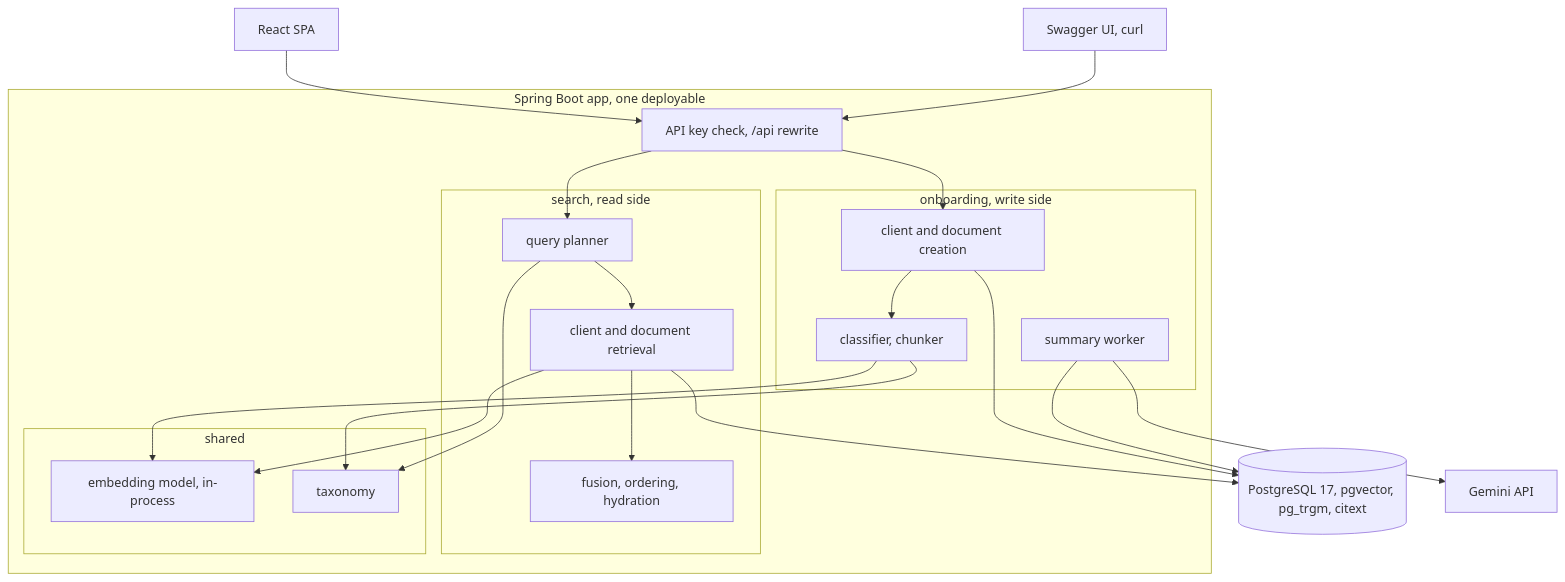
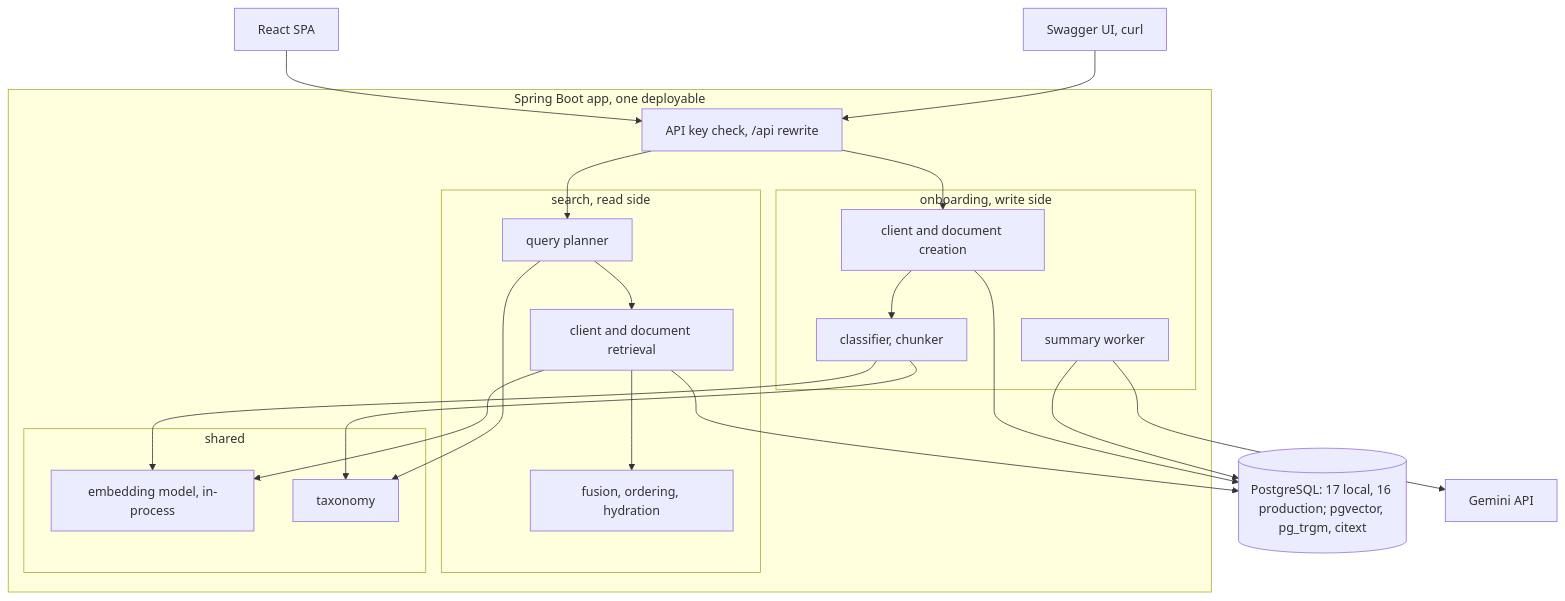
Before and after one commit to TsybulskyStepan/unified-search: the first of 2 diagrams in docs/system-design.md, drawn with Mermaid. The commit also changed other lines of this file, not shown here.

````diff
--- a/docs/system-design.md
+++ b/docs/system-design.md
@@ -25,38 +25,38 @@
 ```mermaid
 flowchart TB
     UI["React SPA"]
     SWAGGER["Swagger UI, curl"]
 
     subgraph App["Spring Boot app, one deployable"]
         AUTH["API key check, /api rewrite"]
         subgraph Onboarding["onboarding, write side"]
             CR["client and document creation"]
             CLS["classifier, chunker"]
             SW["summary worker"]
         end
         subgraph Search["search, read side"]
             PL["query planner"]
             RET["client and document retrieval"]
             ORD["fusion, ordering, hydration"]
         end
         subgraph Shared["shared"]
             EMB["embedding model, in-process"]
             TAX["taxonomy"]
         end
     end
-    PG[("PostgreSQL 17, pgvector, pg_trgm, citext")]
+    PG[("PostgreSQL: 17 local, 16 production; pgvector, pg_trgm, citext")]
     VX["Gemini API"]
 
     UI --> AUTH
     SWAGGER --> AUTH
     AUTH --> CR & PL
     CR --> CLS --> TAX
     CLS --> EMB
     CR --> PG
     PL --> TAX
     PL --> RET --> PG
     RET --> EMB
     RET --> ORD
     SW --> PG
     SW --> VX
 ```
````
